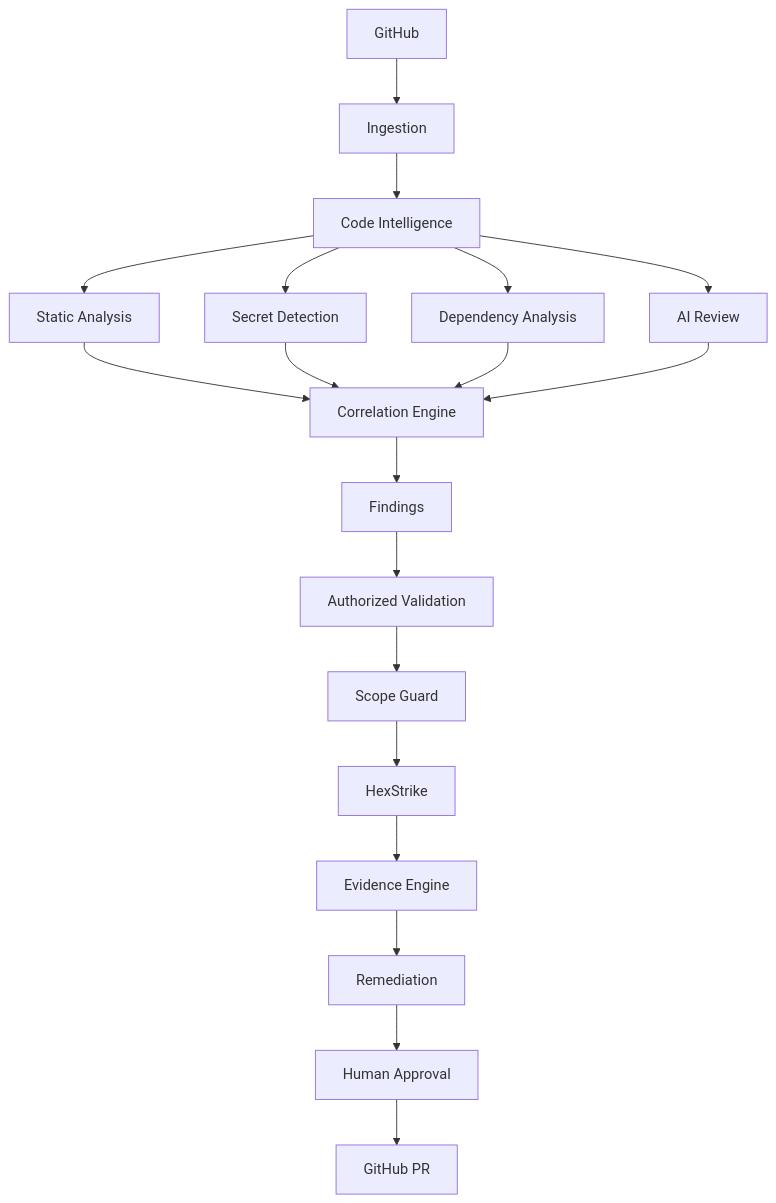
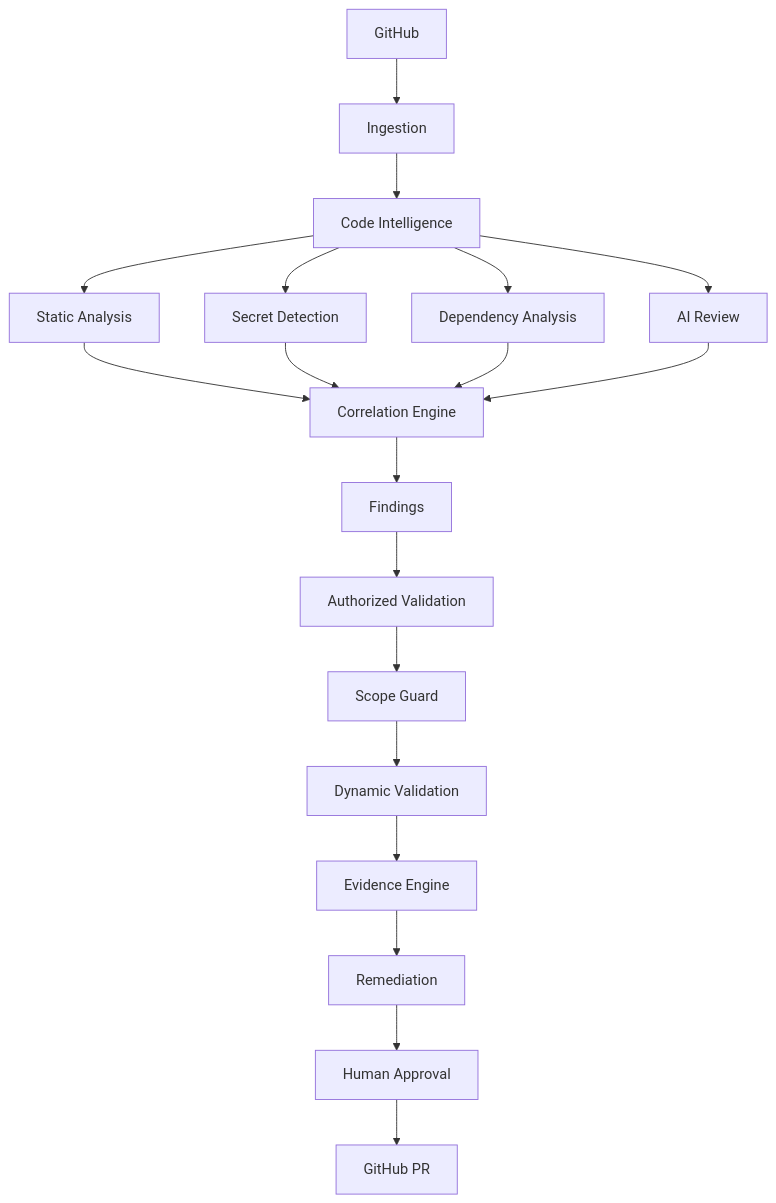
One commit to sayanstack/sayan-sentinel changed the diagram in README.md. Above: the diagram before and after it, drawn with Mermaid. The commit also changed other lines of this file and 65 other files, not shown here.

````diff
--- a/README.md
+++ b/README.md
@@ -300,21 +300,21 @@
 ```mermaid
 flowchart TD
     GH[GitHub] --> ING[Ingestion]
     ING --> CI[Code Intelligence]
     CI --> SA[Static Analysis]
     CI --> SEC[Secret Detection]
     CI --> DEP[Dependency Analysis]
     CI --> AI[AI Review]
     SA --> CORR[Correlation Engine]
     SEC --> CORR
     DEP --> CORR
     AI --> CORR
     CORR --> FIND[Findings]
     FIND --> AUTH[Authorized Validation]
     AUTH --> SG[Scope Guard]
-    SG --> HX[HexStrike]
-    HX --> EV[Evidence Engine]
+    SG --> DV[Dynamic Validation]
+    DV --> EV[Evidence Engine]
     EV --> REM[Remediation]
     REM --> APPROVE[Human Approval]
     APPROVE --> PR[GitHub PR]
 ```
````
